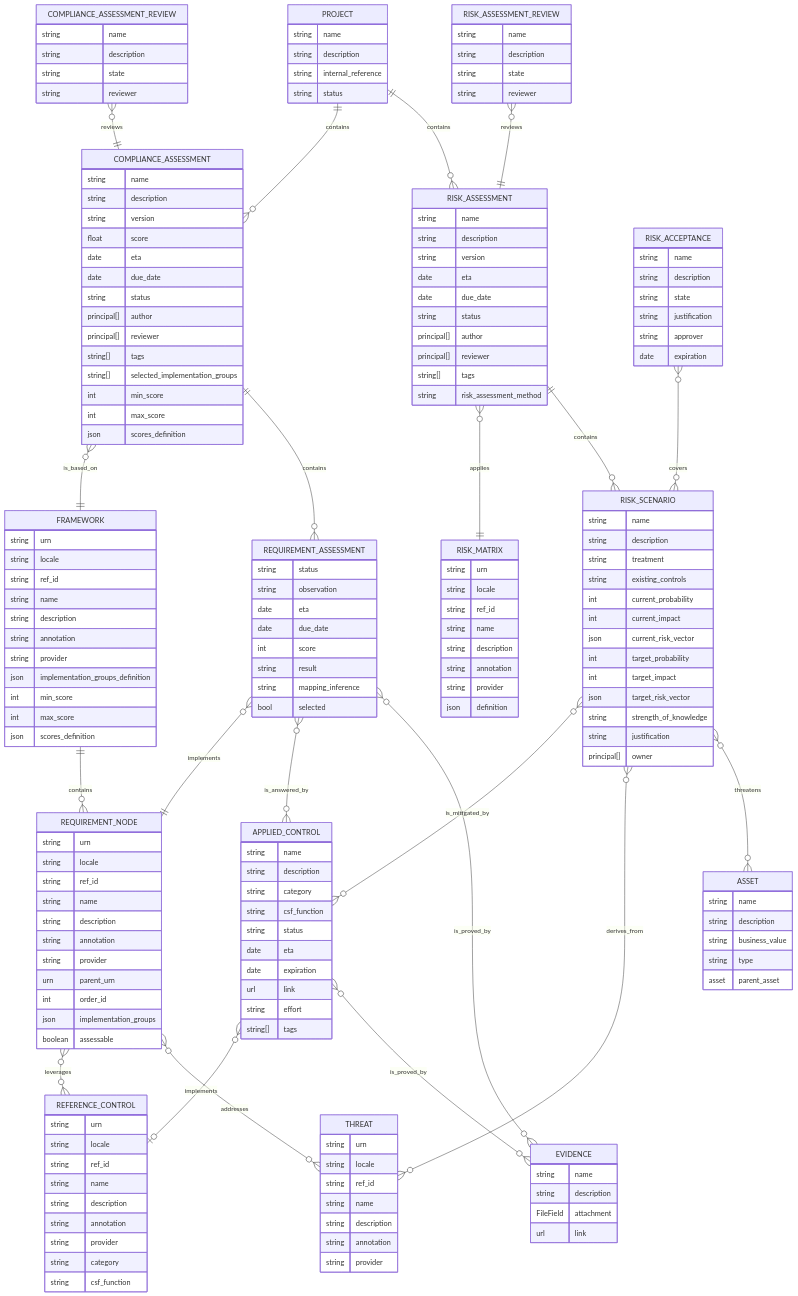
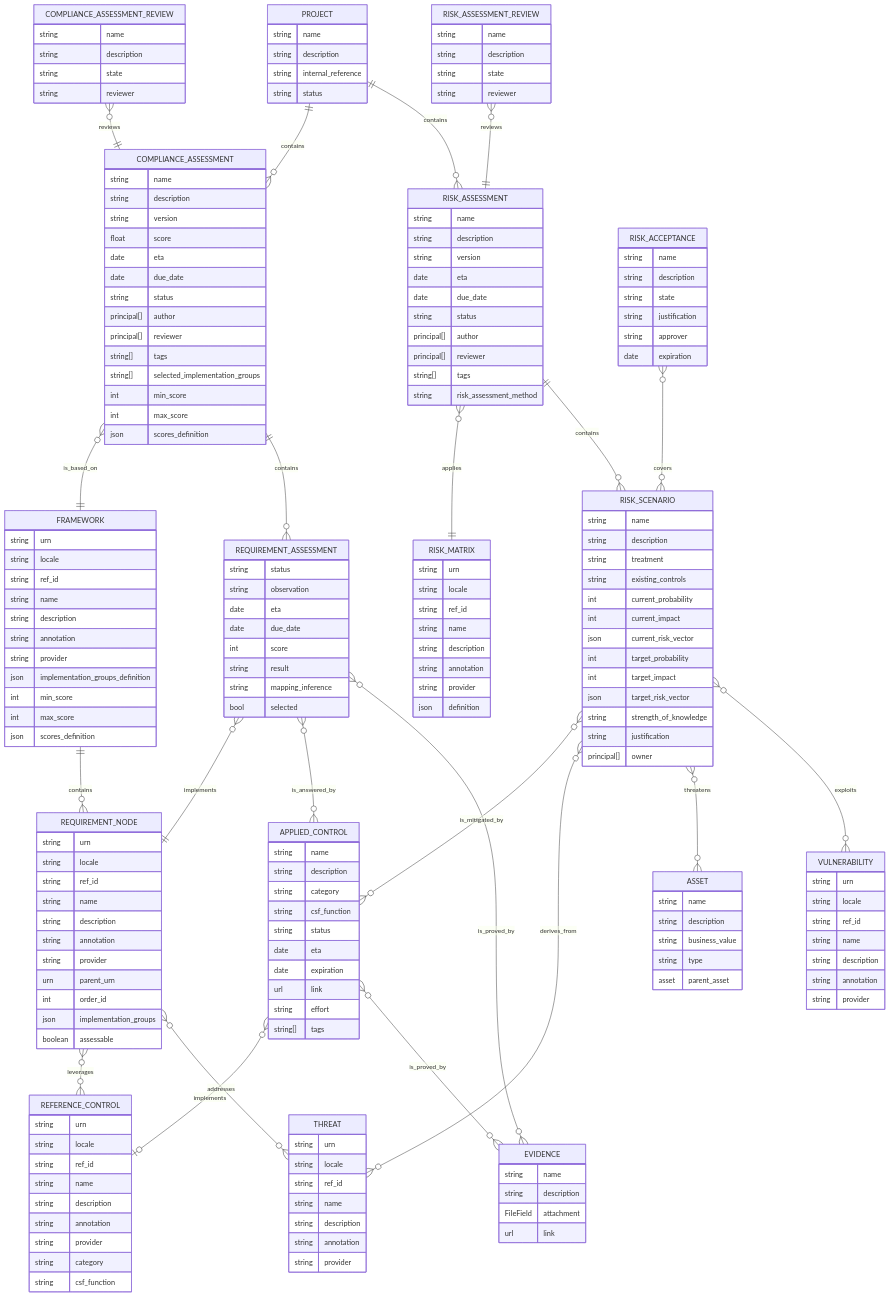
One commit to intuitem/ciso-assistant-community changed the fourth of 7 diagrams in documentation/architecture/data-model.md. Above: the diagram before and after it, drawn with Mermaid. The commit also changed other lines of this file, not shown here.

```diff
--- a/documentation/architecture/data-model.md
+++ b/documentation/architecture/data-model.md
@@ -111,6 +111,7 @@
     RISK_SCENARIO                }o--o{ ASSET                 : threatens
     RISK_ACCEPTANCE              }o--o{ RISK_SCENARIO         : covers
     RISK_ASSESSMENT_REVIEW       }o--|| RISK_ASSESSMENT       : reviews
+    RISK_SCENARIO                }o--o{ VULNERABILITY         : exploits
 
     PROJECT {
         string name
@@ -167,6 +168,16 @@
     }
 
     THREAT {
+        string  urn
+        string  locale
+        string  ref_id
+        string  name
+        string  description
+        string  annotation
+        string  provider
+    }
+
+    VULNERABILITY {
         string  urn
         string  locale
         string  ref_id
```
